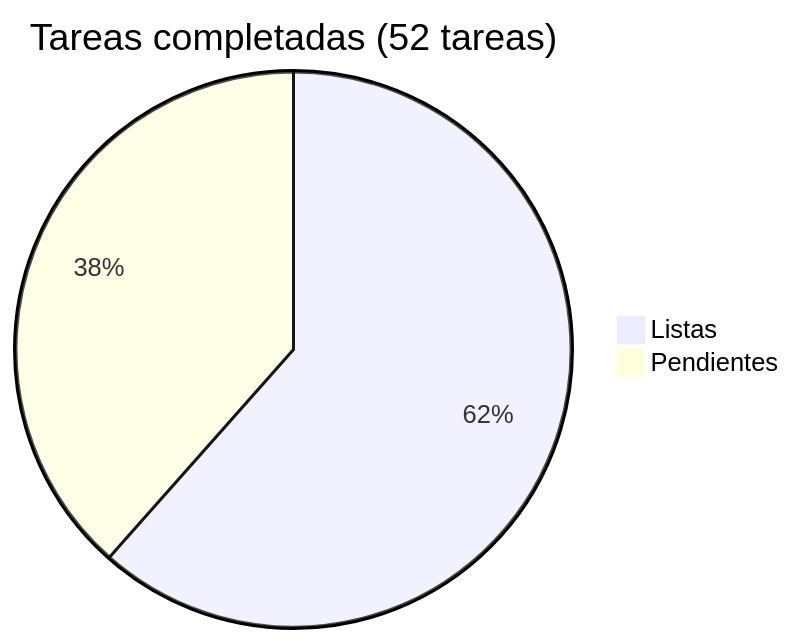
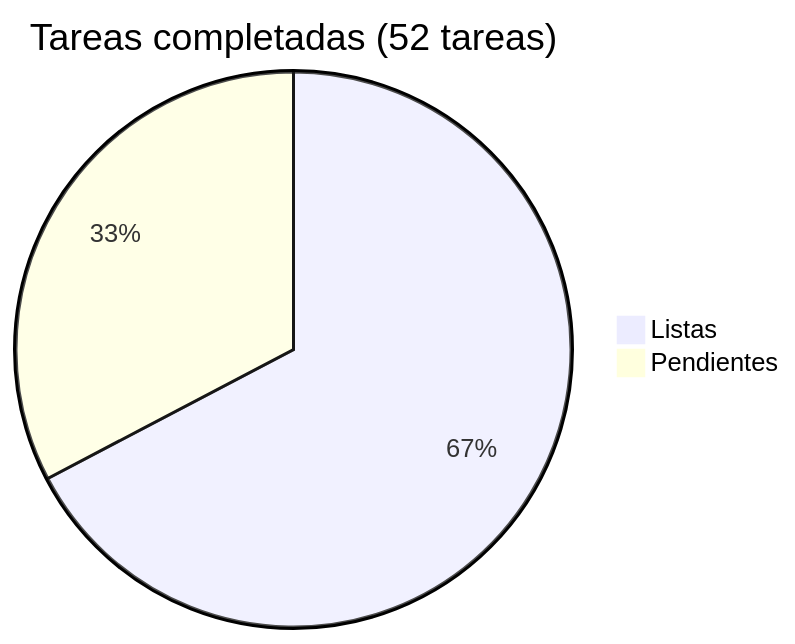
One commit to adelgadox/centroacopiove changed the diagram in docs/roadmap/README.md. Above: the diagram before and after it, drawn with Mermaid. The commit also changed other lines of this file and 11 other files, not shown here.

````diff
--- a/docs/roadmap/README.md
+++ b/docs/roadmap/README.md
@@ -5,5 +5,5 @@
 ```mermaid
 pie title Tareas completadas (52 tareas)
-    "Listas" : 32
-    "Pendientes" : 20
+    "Listas" : 35
+    "Pendientes" : 17
 ```
````
